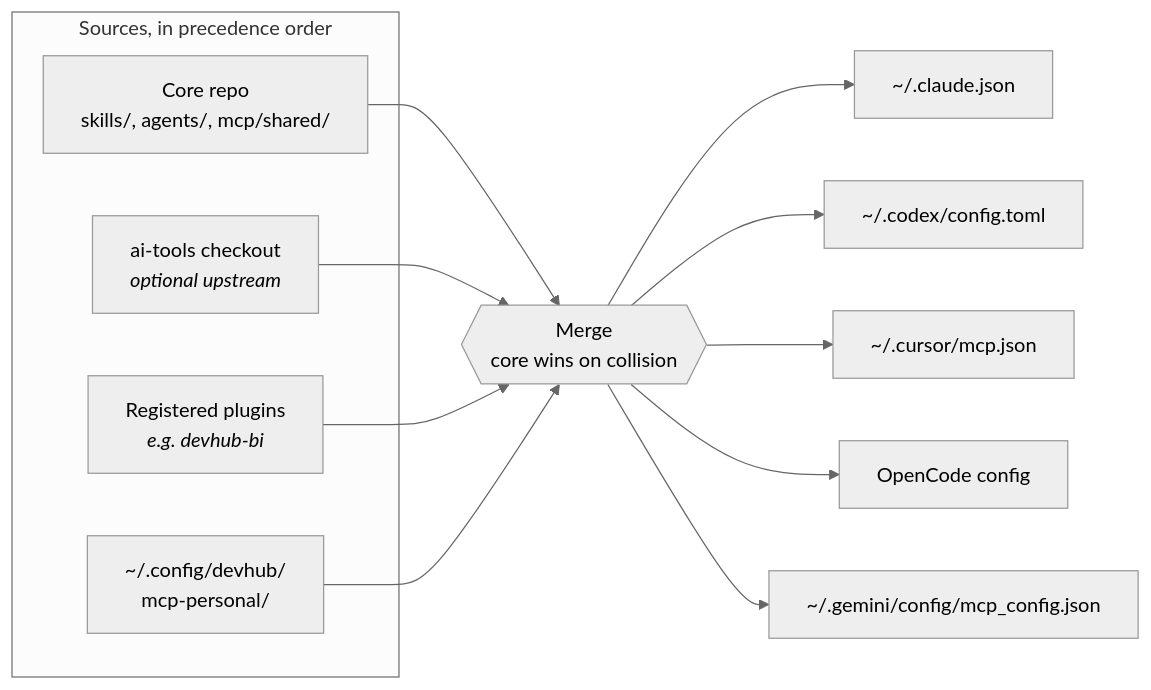
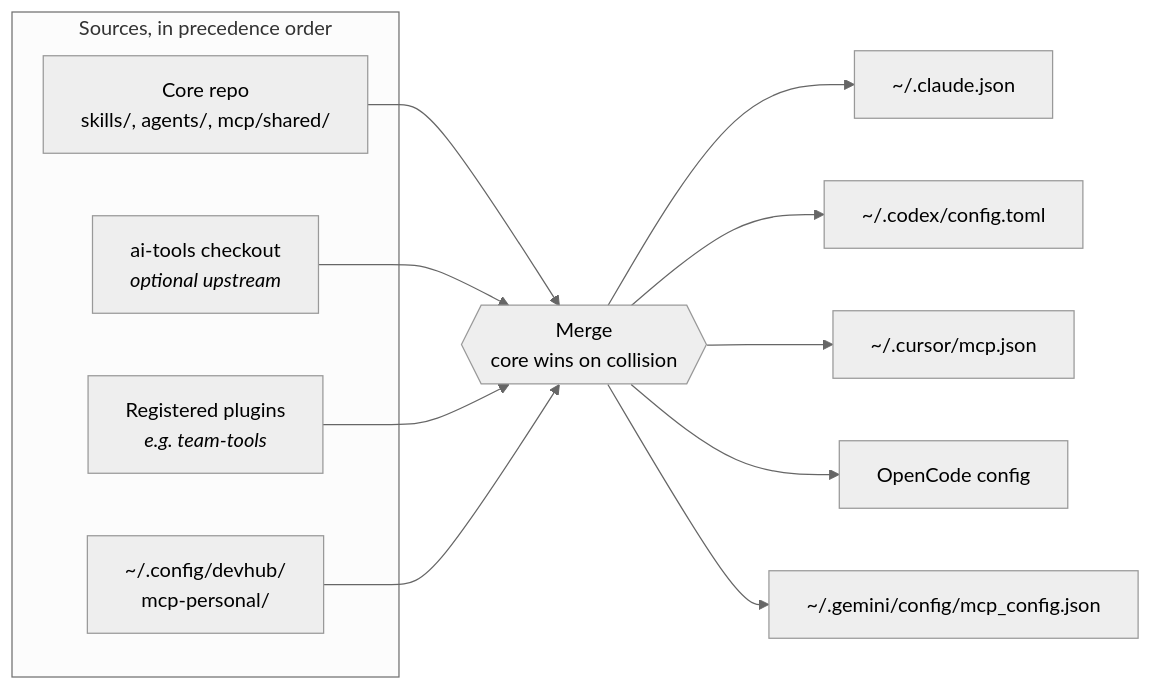
One commit to jmcelreavey/devhub changed the diagram in docs/architecture/sync-engine.md. Above: the diagram before and after it, drawn with Mermaid (neutral theme). The commit also changed other lines of this file and 631 other files, not shown here.

````diff
--- a/docs/architecture/sync-engine.md
+++ b/docs/architecture/sync-engine.md
@@ -17,20 +17,20 @@
 ```mermaid
 graph LR
   subgraph sources["Sources, in precedence order"]
     core["Core repo<br/>skills/, agents/, mcp/shared/"]
     ai["ai-tools checkout<br/><i>optional upstream</i>"]
-    plug["Registered plugins<br/><i>e.g. devhub-bi</i>"]
+    plug["Registered plugins<br/><i>e.g. team-tools</i>"]
     personal["~/.config/devhub/<br/>mcp-personal/"]
   end
 
   core --> merge{{"Merge<br/>core wins on collision"}}
   ai --> merge
   plug --> merge
   personal --> merge
 
   merge --> claude["~/.claude.json"]
   merge --> codex["~/.codex/config.toml"]
   merge --> cursor["~/.cursor/mcp.json"]
   merge --> oc["OpenCode config"]
   merge --> agy["~/.gemini/config/mcp_config.json"]
 ```
````
